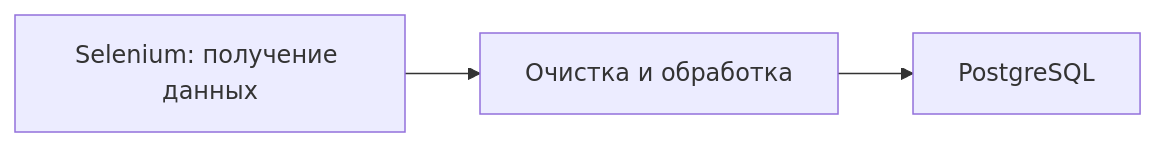
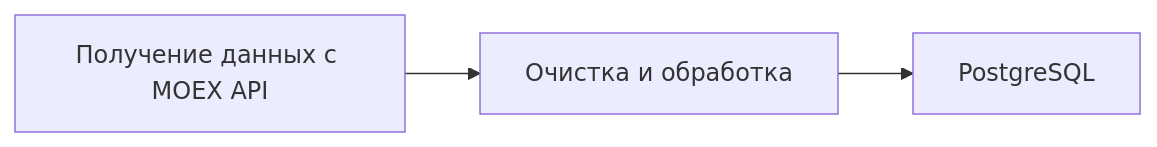
Before and after one commit to fetgrigory/Stock-Data-Service: the diagram in README.md, drawn with Mermaid.

````diff
--- a/README.md
+++ b/README.md
@@ -12,5 +12,5 @@
 ```mermaid
 graph LR
-    A[Selenium: получение данных] --> B[Очистка и обработка]
+    A[Получение данных с MOEX API] --> B[Очистка и обработка]
     B --> C[PostgreSQL]
 ```
````
